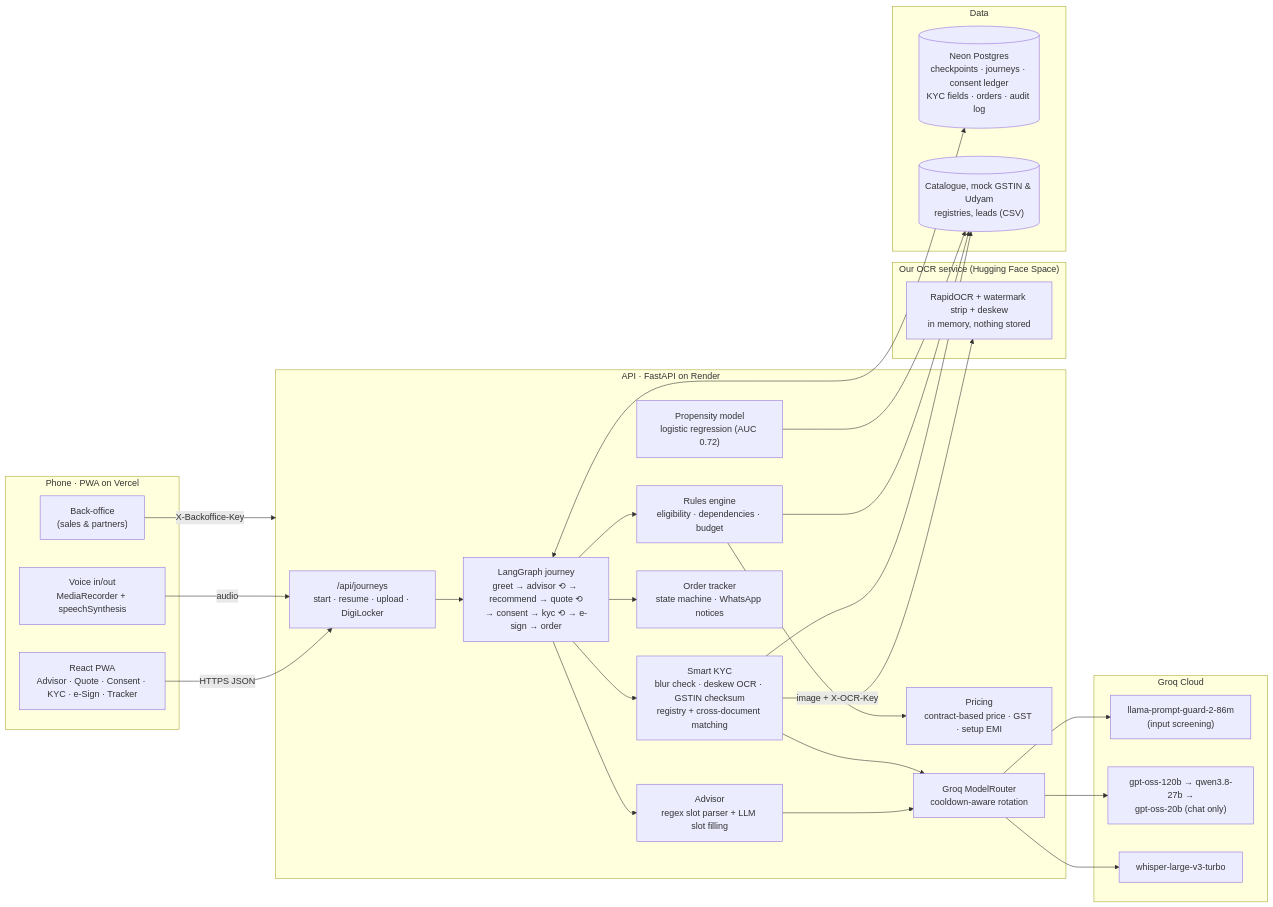
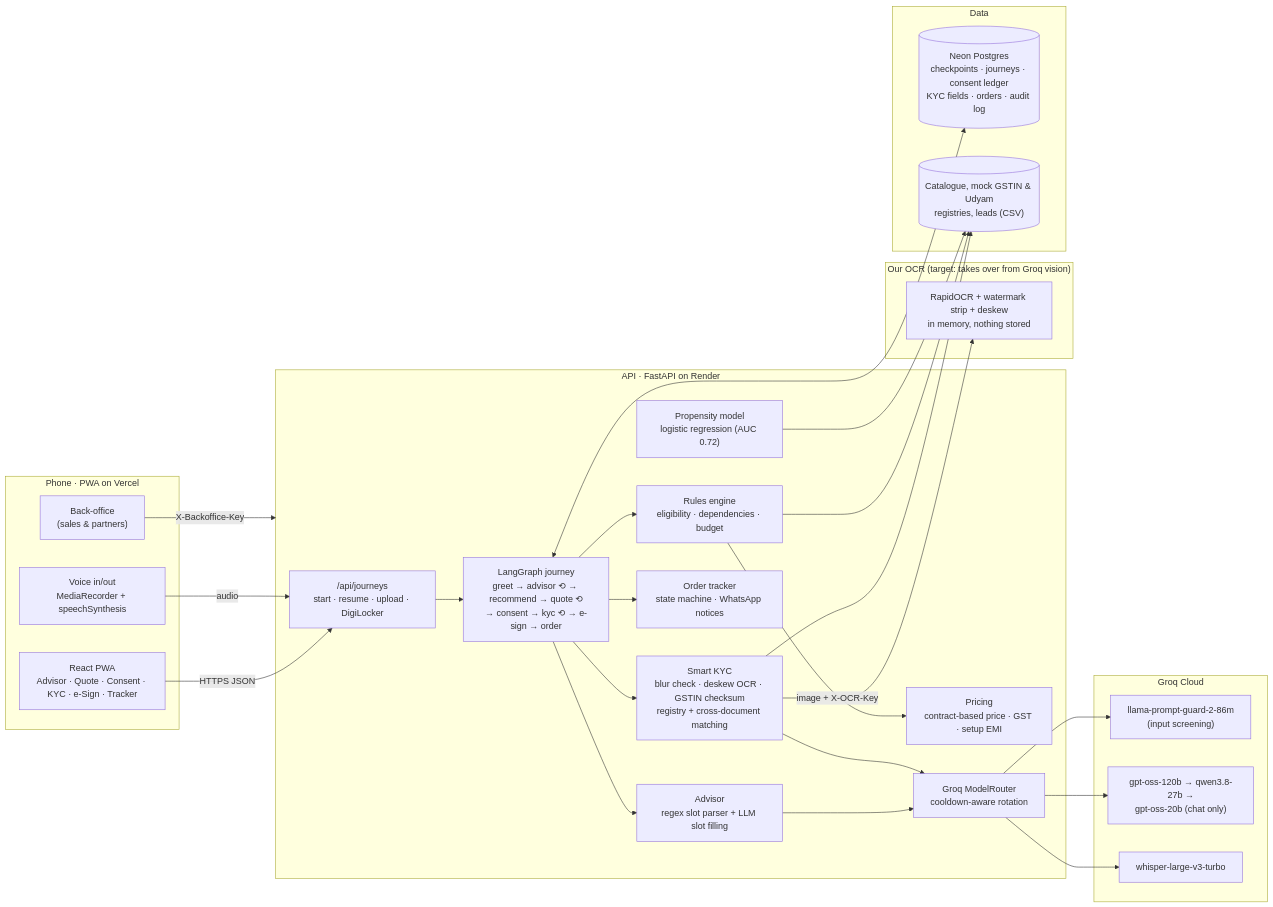
One commit to Psquare31/Airtel-Sync-26 changed the first of 2 diagrams in docs/architecture.md. Above: the diagram before and after it, drawn with Mermaid. The commit also changed other lines of this file and 10 other files, not shown here.

Commit message:
kyc reads with groq vision on render for now; consent names the active document reader

````diff
--- a/docs/architecture.md
+++ b/docs/architecture.md
@@ -9,49 +9,49 @@
 ```mermaid
 flowchart LR
   subgraph Client["Phone · PWA on Vercel"]
     UI["React PWA<br/>Advisor · Quote · Consent · KYC · e-Sign · Tracker"]
     MIC["Voice in/out<br/>MediaRecorder + speechSynthesis"]
     BO["Back-office<br/>(sales & partners)"]
   end
 
   subgraph API["API · FastAPI on Render"]
     J["/api/journeys<br/>start · resume · upload · DigiLocker"]
     G["LangGraph journey<br/>greet → advisor ⟲ → recommend → quote ⟲<br/>→ consent → kyc ⟲ → e-sign → order"]
     ADV["Advisor<br/>regex slot parser + LLM slot filling"]
     RULES["Rules engine<br/>eligibility · dependencies · budget"]
     PRICE["Pricing<br/>contract-based price · GST · setup EMI"]
     KYC["Smart KYC<br/>blur check · deskew OCR · GSTIN checksum<br/>registry + cross-document matching"]
     ORD["Order tracker<br/>state machine · WhatsApp notices"]
     PROP["Propensity model<br/>logistic regression (AUC 0.72)"]
     ROUTER["Groq ModelRouter<br/>cooldown-aware rotation"]
   end
 
   subgraph Groq["Groq Cloud"]
     GUARD["llama-prompt-guard-2-86m<br/>(input screening)"]
     CHAT["gpt-oss-120b → qwen3.8-27b →<br/>gpt-oss-20b (chat only)"]
     STT["whisper-large-v3-turbo"]
   end
 
-  subgraph OCRS["Our OCR service (Hugging Face Space)"]
+  subgraph OCRS["Our OCR (target: takes over from Groq vision)"]
     OCR["RapidOCR + watermark strip + deskew<br/>in memory, nothing stored"]
   end
 
   subgraph Data["Data"]
     PG[("Neon Postgres<br/>checkpoints · journeys · consent ledger<br/>KYC fields · orders · audit log")]
     CSV[("Catalogue, mock GSTIN & Udyam<br/>registries, leads (CSV)")]
   end
 
   UI -- HTTPS JSON --> J
   MIC -- audio --> J
   BO -- X-Backoffice-Key --> API
   J --> G
   G --> ADV --> ROUTER
   G --> RULES --> PRICE
   G --> KYC --> ROUTER
   G --> ORD
   ROUTER --> GUARD & CHAT & STT
   KYC -- "image + X-OCR-Key" --> OCR
   G <--> PG
   KYC --> CSV
   RULES & PROP --> CSV
 ```
````
